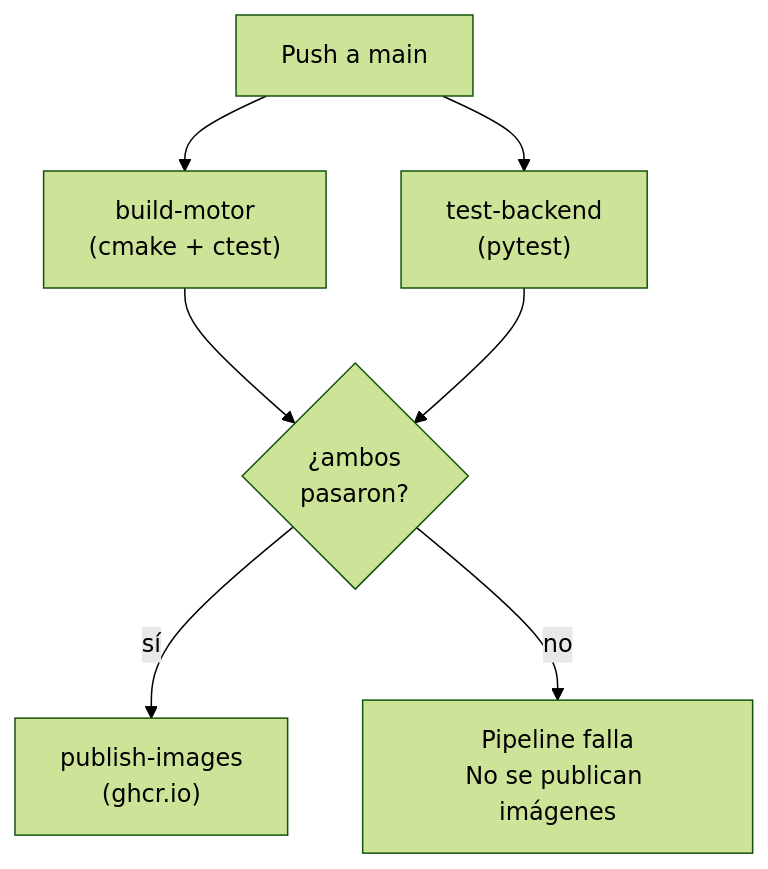
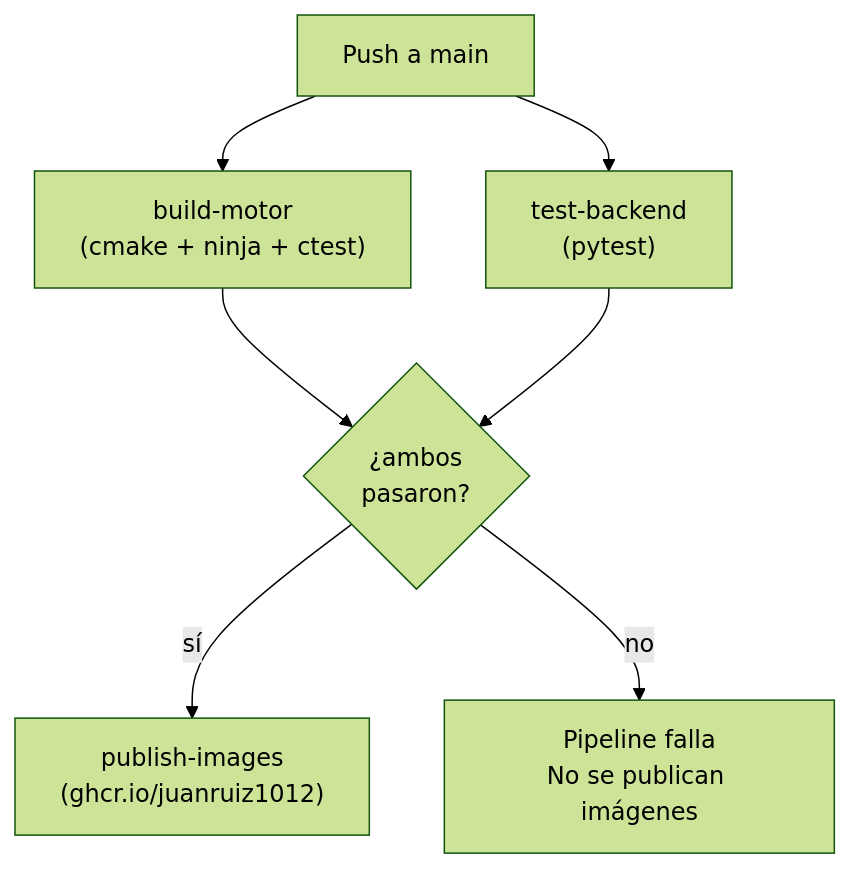
One commit to JuanRuiz1012/mancala-kalah changed the diagram in mancala-kalah/docs/06-cicds.md. Above: the diagram before and after it, drawn with Mermaid (forest theme). The commit also changed other lines of this file and 350 other files, not shown here.

````diff
--- a/mancala-kalah/docs/06-cicds.md
+++ b/mancala-kalah/docs/06-cicds.md
@@ -36,9 +36,9 @@
 ```mermaid
 flowchart TD
-    A["Push a main"] --> B["build-motor\n(cmake + ctest)"]
+    A["Push a main"] --> B["build-motor\n(cmake + ninja + ctest)"]
     A --> C["test-backend\n(pytest)"]
     B --> D{"¿ambos\npasaron?"}
     C --> D
-    D -->|sí| E["publish-images\n(ghcr.io)"]
+    D -->|sí| E["publish-images\n(ghcr.io/juanruiz1012)"]
     D -->|no| F["Pipeline falla\nNo se publican imágenes"]
 ```
````
